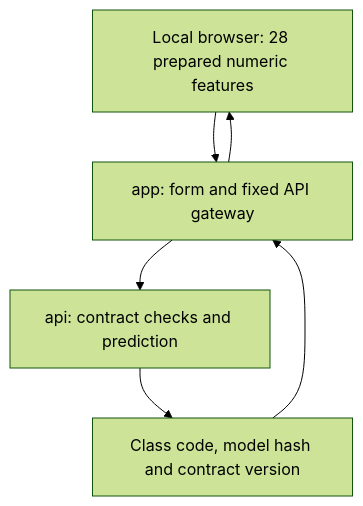
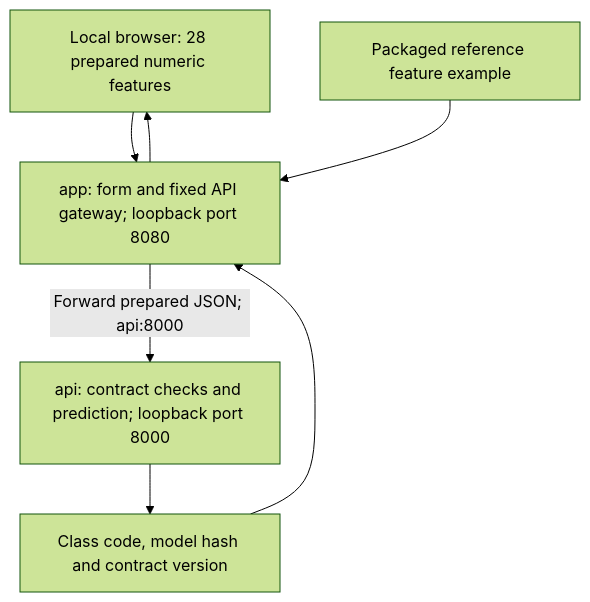
One commit to SiR1979/Template_MLOps_accidents changed the fifth of 8 diagrams in docs/architecture.md. Above: the diagram before and after it, drawn with Mermaid (forest theme). The commit also changed other lines of this file, not shown here.

Commit message:
Update architecture diagrams and implementation boundaries

````diff
--- a/docs/architecture.md
+++ b/docs/architecture.md
@@ -194,8 +229,9 @@
 ```mermaid
 flowchart TD
-    BROWSER["Local browser: 28 prepared numeric features"] --> APP["app: form and fixed API gateway"]
-    APP --> API["api: contract checks and prediction"]
+    BROWSER["Local browser: 28 prepared numeric features"] --> APP["app: form and fixed API gateway; loopback port 8080"]
+    EXAMPLE["Packaged reference feature example"] --> APP
+    APP -->|"Forward prepared JSON; api:8000"| API["api: contract checks and prediction; loopback port 8000"]
     API --> RESPONSE["Class code, model hash and contract version"]
     RESPONSE --> APP
     APP --> BROWSER
 ```
````
